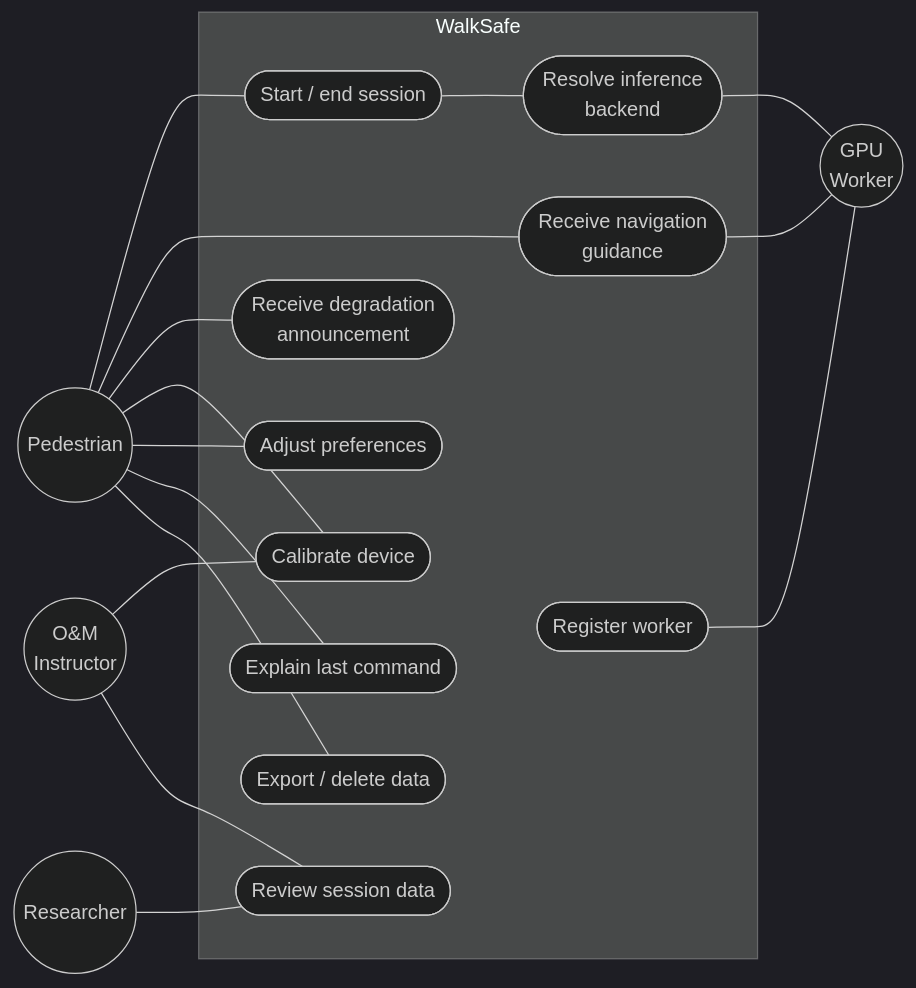
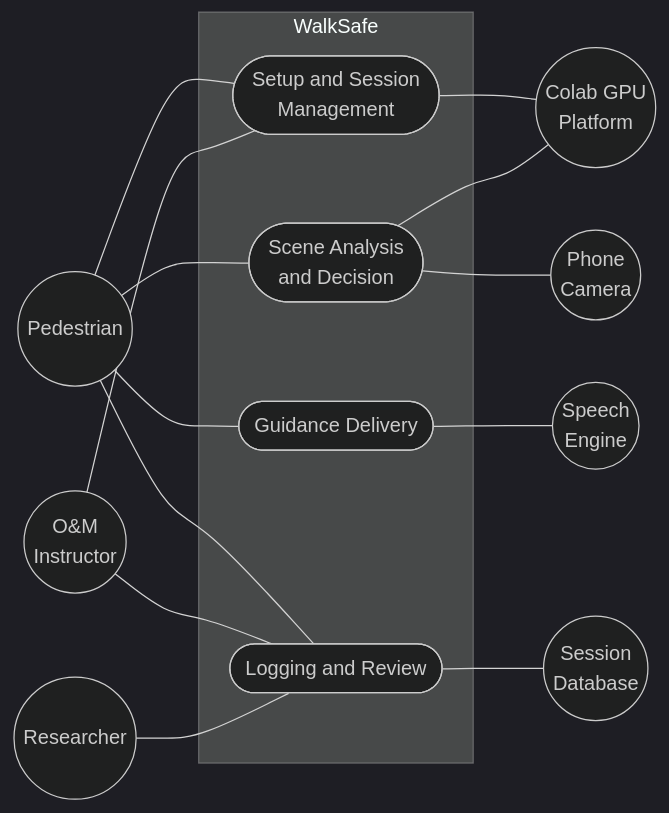
The second of 14 diagrams in docs/SRS.md (shahalam22/WalkSafe), drawn with Mermaid (dark theme) before and after one commit. The commit also changed other lines of this file and 1 other file, not shown here.

````diff
--- a/docs/SRS.md
+++ b/docs/SRS.md
@@ -400,35 +325,31 @@
 ```mermaid
 graph LR
-    P(("Pedestrian"))
+    U(("Pedestrian"))
     I(("O&M<br/>Instructor"))
     R(("Researcher"))
-    G(("GPU<br/>Worker"))
 
-    subgraph WS["WalkSafe"]
-        U1(["Start / end session"])
-        U2(["Receive navigation<br/>guidance"])
-        U3(["Receive degradation<br/>announcement"])
-        U4(["Calibrate device"])
-        U5(["Adjust preferences"])
-        U6(["Explain last command"])
-        U7(["Resolve inference<br/>backend"])
-        U8(["Register worker"])
-        U9(["Review session data"])
-        U10(["Export / delete data"])
+    subgraph WS[" WalkSafe "]
+        M1(["Setup and Session<br/>Management"])
+        M2(["Scene Analysis<br/>and Decision"])
+        M3(["Guidance Delivery"])
+        M4(["Logging and Review"])
     end
 
-    P --- U1
-    P --- U2
-    P --- U3
-    P --- U4
-    P --- U5
-    P --- U6
-    P --- U10
-    I --- U4
-    I --- U9
-    R --- U9
-    U1 --- U7
-    U7 --- G
-    U8 --- G
-    U2 --- G
+    CAM(("Phone<br/>Camera"))
+    TTS(("Speech<br/>Engine"))
+    GPU(("Colab GPU<br/>Platform"))
+    DB(("Session<br/>Database"))
+
+    U --- M1
+    U --- M2
+    U --- M3
+    U --- M4
+    I --- M1
+    I --- M4
+    R --- M4
+    M1 --- GPU
+    M2 --- CAM
+    M2 --- GPU
+    M3 --- TTS
+    M4 --- DB
 ```
````
